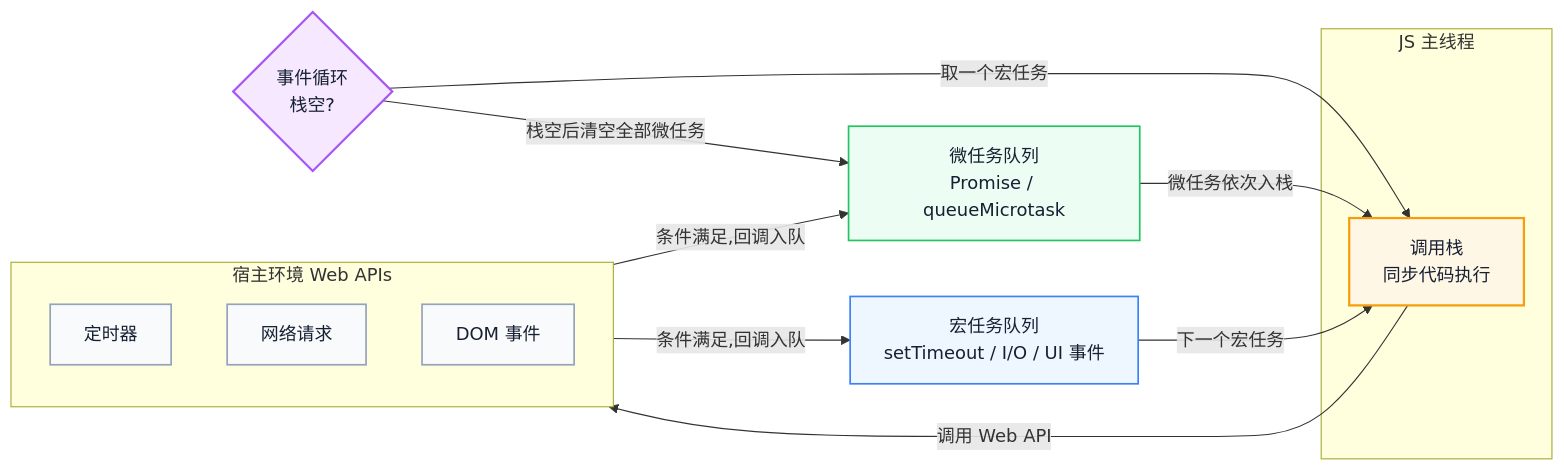
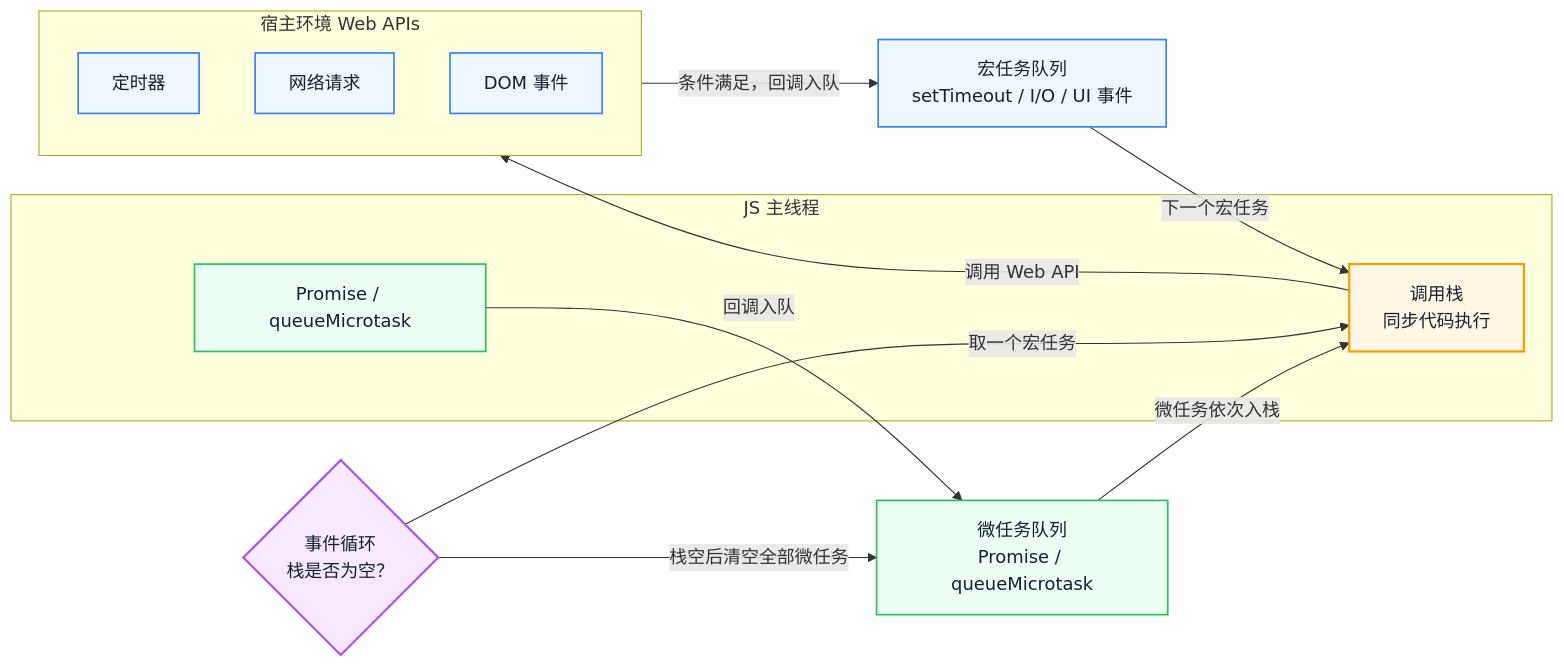
One commit to Fatejian/frontier-vault changed the first of 3 diagrams in docs/javascript/async-evolution.md. Above: the diagram before and after it, drawn with Mermaid. The commit also changed other lines of this file and 41 other files, not shown here.

````diff
--- a/docs/javascript/async-evolution.md
+++ b/docs/javascript/async-evolution.md
@@ -78,36 +65,34 @@
 ```mermaid
-%%{init: {'theme': 'base', 'themeVariables': { 'fontFamily': 'Inter, PingFang SC, Microsoft YaHei, sans-serif', 'primaryColor': '#EEF6FF', 'primaryTextColor': '#172033', 'primaryBorderColor': '#6EA8FE', 'lineColor': '#8A94A6', 'secondaryColor': '#F7F9FC', 'tertiaryColor': '#FFF7E6, 'fontSize': '13px'}}}%%
 flowchart LR
-    subgraph JS[JS 主线程]
+    subgraph JS["JS 主线程"]
         Stack["调用栈<br/>同步代码执行"]
+        Micro["Promise / queueMicrotask"]
     end
 
-    subgraph Host[宿主环境 Web APIs]
-        Timer[定时器]
-        Net[网络请求]
-        DOM[DOM 事件]
+    subgraph Host["宿主环境 Web APIs"]
+        Timer["定时器"]
+        Net["网络请求"]
+        DOM["DOM 事件"]
     end
 
     MQ["宏任务队列<br/>setTimeout / I/O / UI 事件"]
     uQ["微任务队列<br/>Promise / queueMicrotask"]
 
-    Stack -- 调用 Web API --> Host
-    Host -- 条件满足,回调入队 --> MQ
-    Host -- 条件满足,回调入队 --> uQ
+    Stack -- "调用 Web API" --> Host
+    Host -- "条件满足，回调入队" --> MQ
+    Micro -- "回调入队" --> uQ
 
-    Loop{事件循环<br/>栈空?} -- 取一个宏任务 --> Stack
-    Loop -- 栈空后清空全部微任务 --> uQ
-    uQ -- 微任务依次入栈 --> Stack
-    MQ -- 下一个宏任务 --> Stack
+    Loop{"事件循环<br/>栈是否为空？"} -- "取一个宏任务" --> Stack
+    Loop -- "栈空后清空全部微任务" --> uQ
+    uQ -- "微任务依次入栈" --> Stack
+    MQ -- "下一个宏任务" --> Stack
 
-    classDef js fill:#FFF7E6,stroke:#F59E0B,color:#172033,stroke-width:2px;
-    classDef host fill:#F8FAFC,stroke:#94A3B8,color:#172033,stroke-width:1.5px;
-    classDef macro fill:#EEF6FF,stroke:#3B82F6,color:#172033,stroke-width:1.5px;
-    classDef micro fill:#ECFDF3,stroke:#22C55E,color:#172033,stroke-width:1.5px;
-    classDef loop fill:#F5E8FF,stroke:#A855F7,color:#172033,stroke-width:2px;
-    class Stack js;
-    class Timer,Net,DOM host;
-    class MQ macro;
-    class uQ micro;
-    class Loop loop;
+    classDef wait fill:#EEF6FF,stroke:#3B82F6,color:#172033,stroke-width:1.5px;
+    classDef work fill:#ECFDF3,stroke:#22C55E,color:#172033,stroke-width:1.5px;
+    classDef metric fill:#F5E8FF,stroke:#A855F7,color:#172033,stroke-width:2px;
+    classDef block fill:#FFF7E6,stroke:#F59E0B,color:#172033,stroke-width:2px;
+    class Stack block;
+    class Timer,Net,DOM,MQ wait;
+    class Micro,uQ work;
+    class Loop metric;
 ```
````
